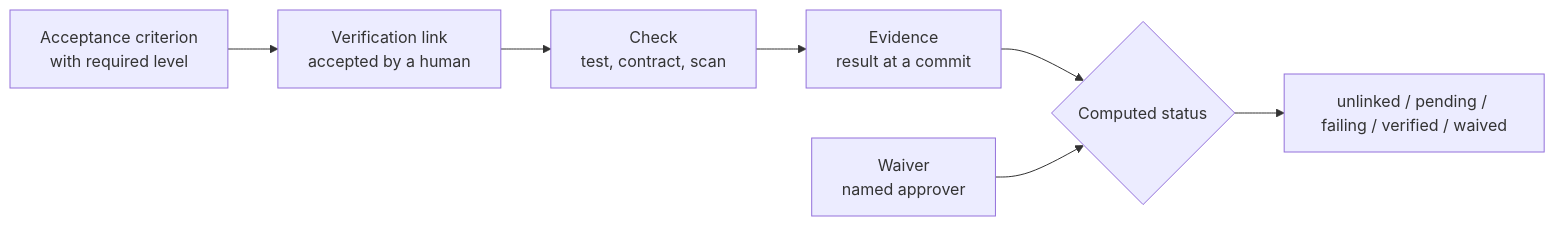
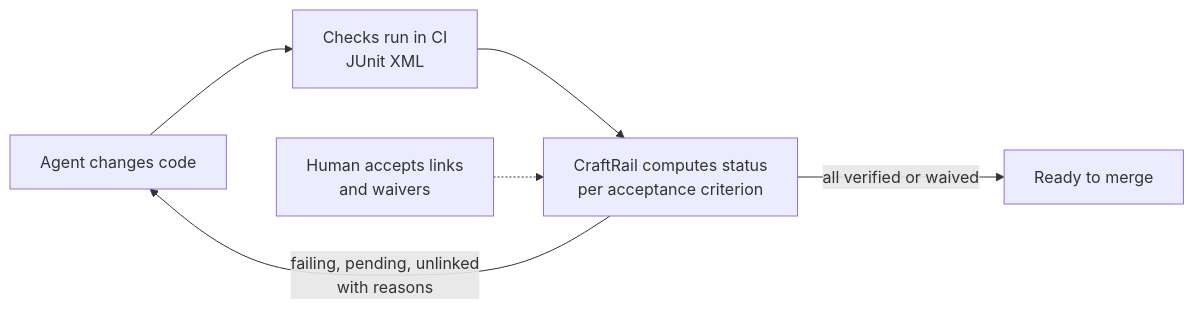
The diagram in docs/direction/vision.md (KshitijV97/craft-rail), drawn with Mermaid before and after one commit. The commit also changed other lines of this file and 6 other files, not shown here.

First line of the commit message:
docs: position CraftRail as the verification loop for software factories

````diff
--- a/docs/direction/vision.md
+++ b/docs/direction/vision.md
@@ -14,9 +14,8 @@
 ```mermaid
 flowchart LR
-    AC[Acceptance criterion<br/>with required level] --> L[Verification link<br/>accepted by a human]
-    L --> C[Check<br/>test, contract, scan]
-    C --> E[Evidence<br/>result at a commit]
-    E --> S{Computed status}
-    W[Waiver<br/>named approver] --> S
-    S --> V[unlinked / pending / failing / verified / waived]
+    A[Agent changes code] --> R[Checks run in CI<br/>JUnit XML]
+    R --> S[CraftRail computes status<br/>per acceptance criterion]
+    S -->|failing, pending, unlinked<br/>with reasons| A
+    S -->|all verified or waived| M[Ready to merge]
+    H[Human accepts links<br/>and waivers] -.-> S
 ```
````
